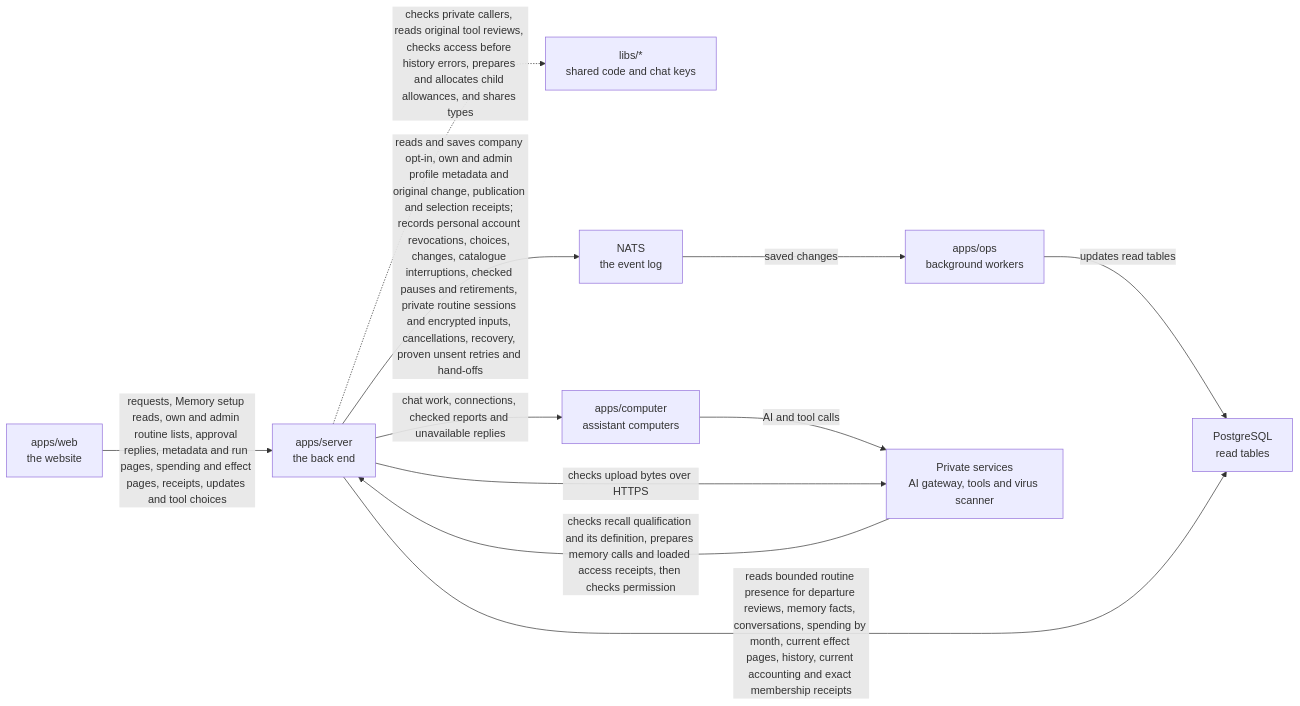
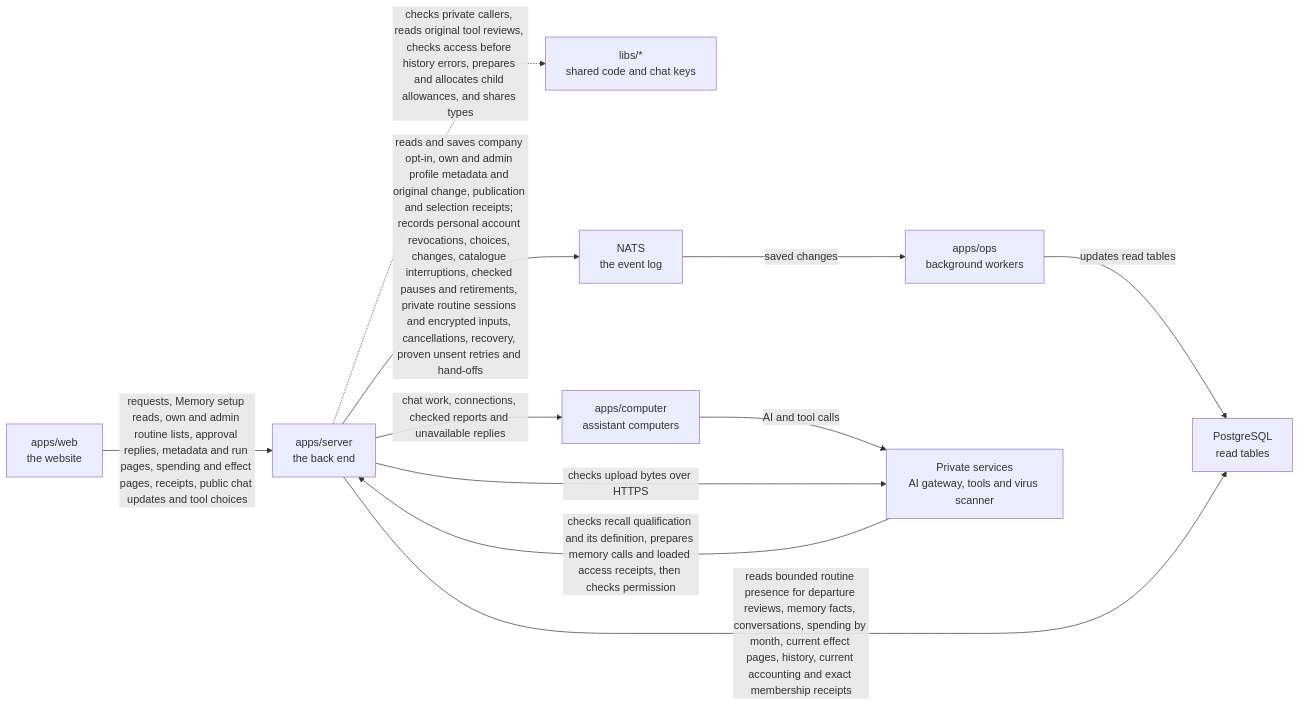
One commit to elewa-git/opencrane-new changed the diagram in apps/server/README.md. Above: the diagram before and after it, drawn with Mermaid. The commit also changed other lines of this file and 10 other files, not shown here.

Commit message:
🔒 Keep routine preparation out of public chat readers

````diff
--- a/apps/server/README.md
+++ b/apps/server/README.md
@@ -90,13 +92,13 @@
 ```mermaid
 flowchart LR
-  web["apps/web<br/>the website"] -->|requests, Memory setup reads, own and admin routine lists, approval replies, metadata and run pages, spending and effect pages, receipts, updates and tool choices| server["apps/server<br/>the back end"]
+  web["apps/web<br/>the website"] -->|requests, Memory setup reads, own and admin routine lists, approval replies, metadata and run pages, spending and effect pages, receipts, public chat updates and tool choices| server["apps/server<br/>the back end"]
   server -.->|checks private callers, reads original tool reviews, checks access before history errors, prepares and allocates child allowances, and shares types| libs["libs/*<br/>shared code and chat keys"]
   server -->|reads and saves company opt-in, own and admin profile metadata and original change, publication and selection receipts; records personal account revocations, choices, changes, catalogue interruptions, checked pauses and retirements, private routine sessions and encrypted inputs, cancellations, recovery, proven unsent retries and hand-offs| nats["NATS<br/>the event log"]
   nats -->|saved changes| ops["apps/ops<br/>background workers"]
   ops -->|updates read tables| postgres["PostgreSQL<br/>read tables"]
   server -->|reads bounded routine presence for departure reviews, memory facts, conversations, spending by month, current effect pages, history, current accounting and exact membership receipts| postgres
   server -->|chat work, connections, checked reports and unavailable replies| computer["apps/computer<br/>assistant computers"]
   computer -->|AI and tool calls| runtime["Private services<br/>AI gateway, tools and virus scanner"]
   server -->|checks upload bytes over HTTPS| runtime
   runtime -->|checks recall qualification and its definition, prepares memory calls and loaded access receipts, then checks permission| server
 ```
````
